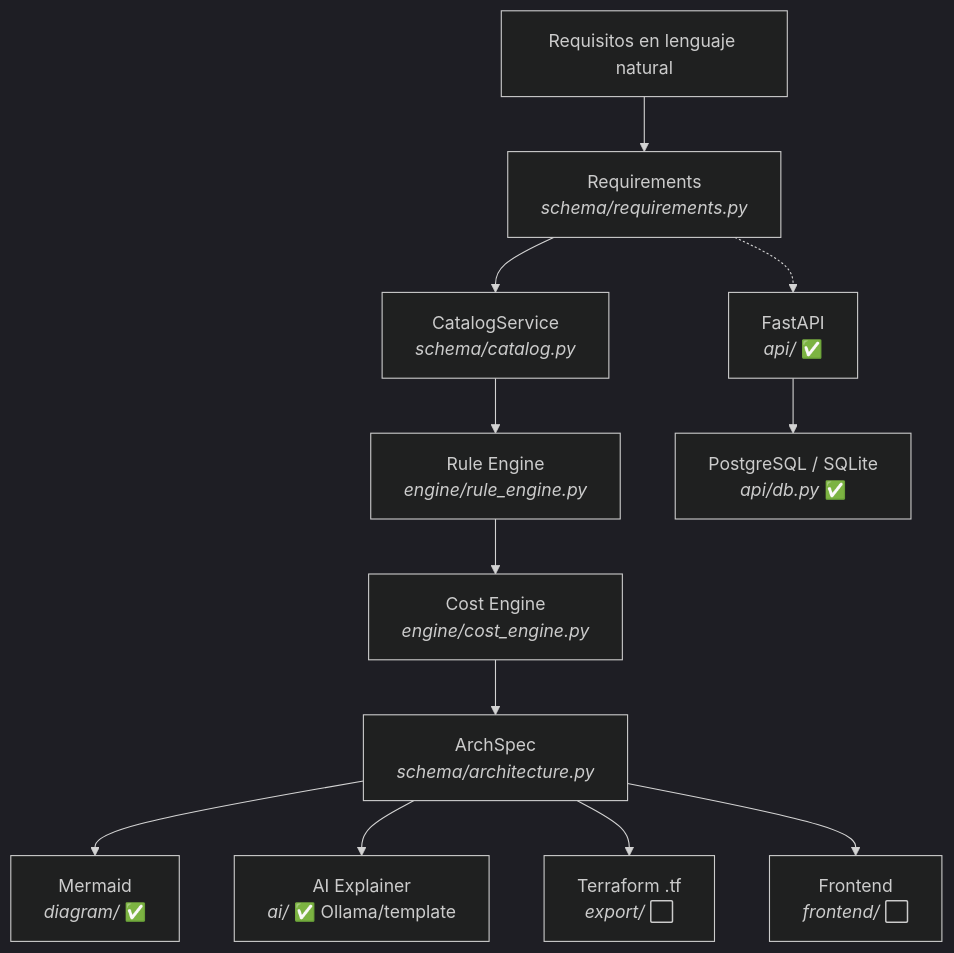
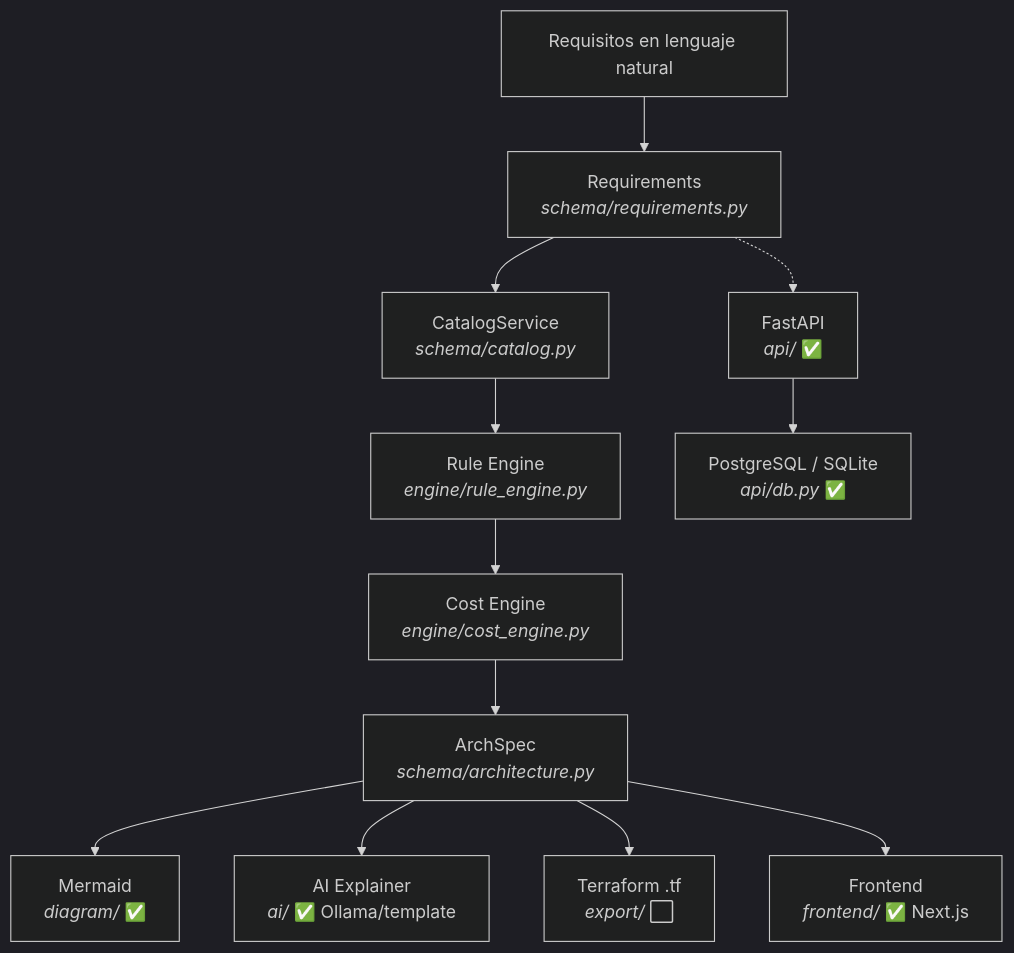
Before and after one commit to leyverAAA/InfraWise: the first of 2 diagrams in README.md, drawn with Mermaid (dark theme). The commit also changed other lines of this file and 18 other files, not shown here.

````diff
--- a/README.md
+++ b/README.md
@@ -274,14 +282,14 @@
 ```mermaid
 flowchart TD
     U["Requisitos en lenguaje natural"] --> REQS["Requirements<br/><i>schema/requirements.py</i>"]
     REQS --> CAT["CatalogService<br/><i>schema/catalog.py</i>"]
     CAT --> RE["Rule Engine<br/><i>engine/rule_engine.py</i>"]
     RE --> CE["Cost Engine<br/><i>engine/cost_engine.py</i>"]
     CE --> SPEC["ArchSpec<br/><i>schema/architecture.py</i>"]
     SPEC --> DIAG["Mermaid<br/><i>diagram/</i> ✅"]
     SPEC --> EXPL["AI Explainer<br/><i>ai/</i> ✅ Ollama/template"]
     SPEC --> TF["Terraform .tf<br/><i>export/</i> ⬜"]
-    SPEC --> UI["Frontend<br/><i>frontend/</i> ⬜"]
+    SPEC --> UI["Frontend<br/><i>frontend/</i> ✅ Next.js"]
     REQS -.-> API["FastAPI<br/><i>api/</i> ✅"]
     API --> DB["PostgreSQL / SQLite<br/><i>api/db.py</i> ✅"]
 ```
````
